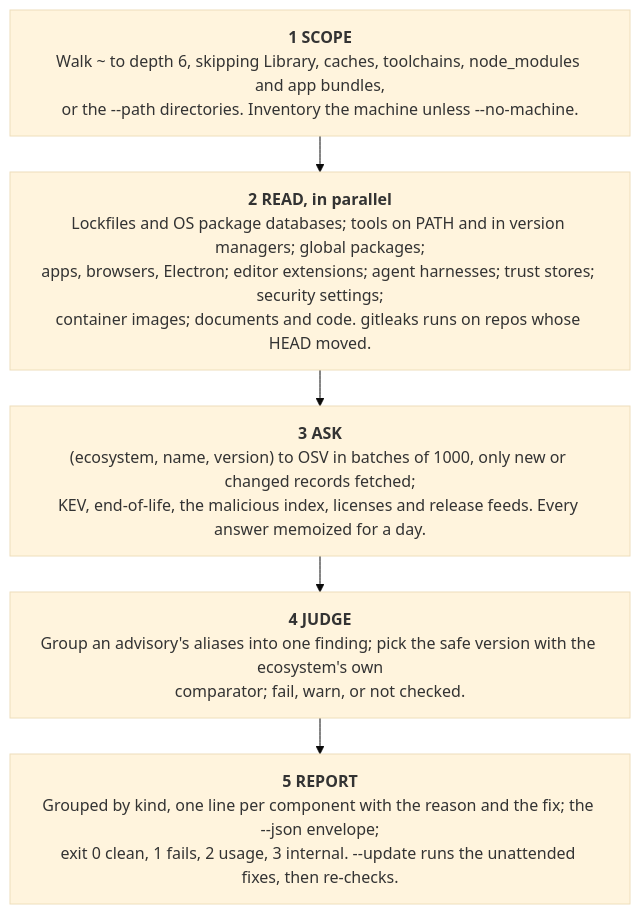
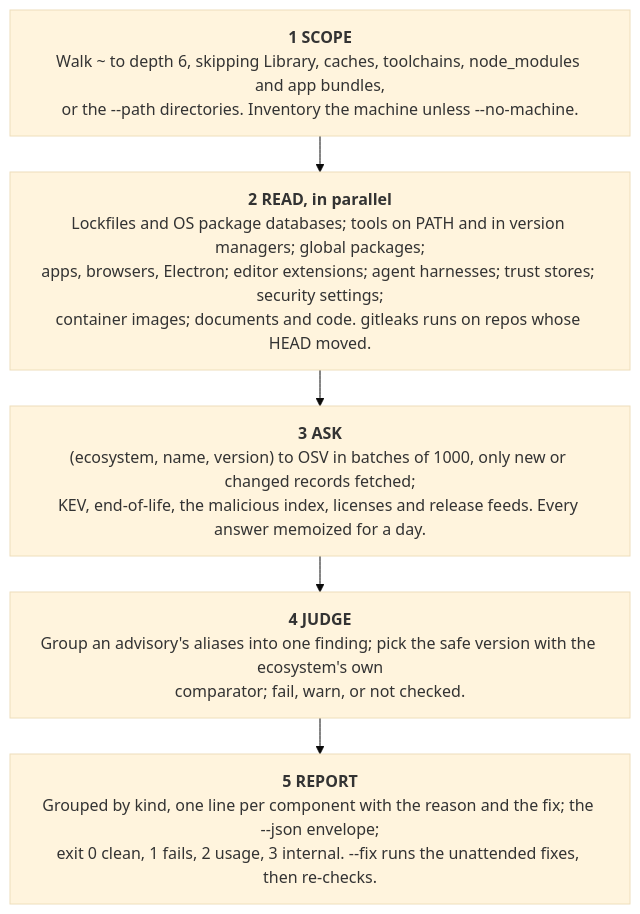
The diagram in docs/architecture.md (waffuruai/pantry), drawn with Mermaid (base theme) before and after one commit. The commit also changed 8 other files, not shown here.

````diff
--- a/docs/architecture.md
+++ b/docs/architecture.md
@@ -11,10 +11,10 @@
 ```mermaid
 %%{init: {"flowchart": {"wrappingWidth": 560, "nodeSpacing": 40, "rankSpacing": 36}}}%%
 flowchart TB
   scope["<b>1 SCOPE</b><br/>Walk ~ to depth 6, skipping Library, caches, toolchains, node_modules and app bundles,<br/>or the --path directories. Inventory the machine unless --no-machine."]
   read["<b>2 READ, in parallel</b><br/>Lockfiles and OS package databases; tools on PATH and in version managers; global packages;<br/>apps, browsers, Electron; editor extensions; agent harnesses; trust stores; security settings;<br/>container images; documents and code. gitleaks runs on repos whose HEAD moved."]
   ask["<b>3 ASK</b><br/>(ecosystem, name, version) to OSV in batches of 1000, only new or changed records fetched;<br/>KEV, end-of-life, the malicious index, licenses and release feeds. Every answer memoized for a day."]
   judge["<b>4 JUDGE</b><br/>Group an advisory's aliases into one finding; pick the safe version with the ecosystem's own<br/>comparator; fail, warn, or not checked."]
-  report["<b>5 REPORT</b><br/>Grouped by kind, one line per component with the reason and the fix; the --json envelope;<br/>exit 0 clean, 1 fails, 2 usage, 3 internal. --update runs the unattended fixes, then re-checks."]
+  report["<b>5 REPORT</b><br/>Grouped by kind, one line per component with the reason and the fix; the --json envelope;<br/>exit 0 clean, 1 fails, 2 usage, 3 internal. --fix runs the unattended fixes, then re-checks."]
   scope --> read --> ask --> judge --> report
 ```
````
